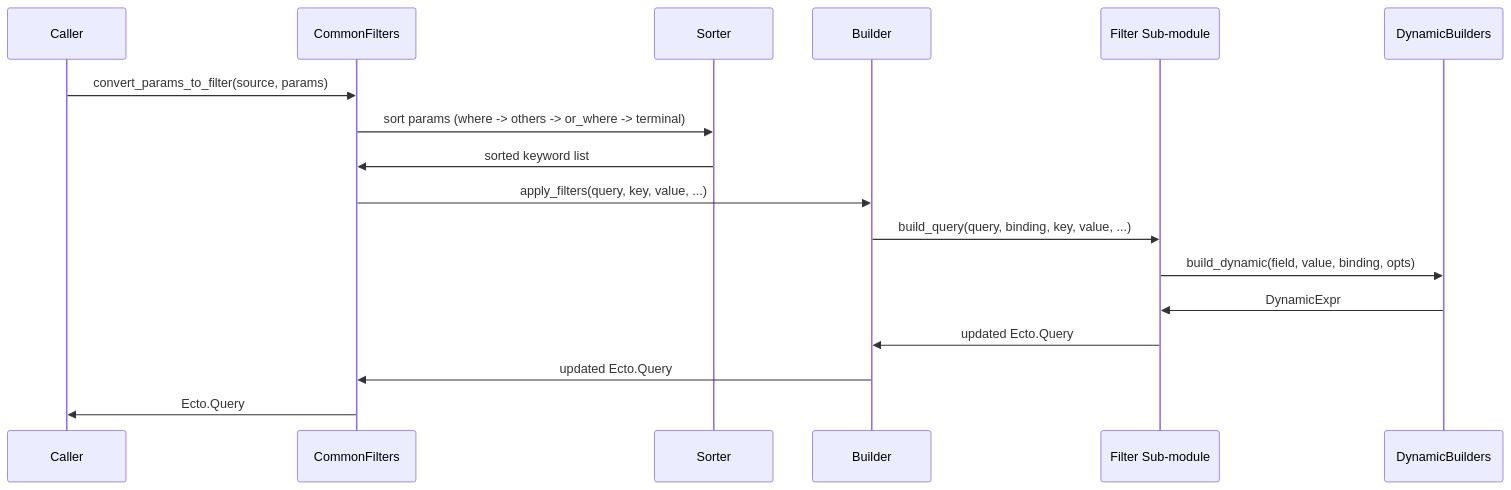
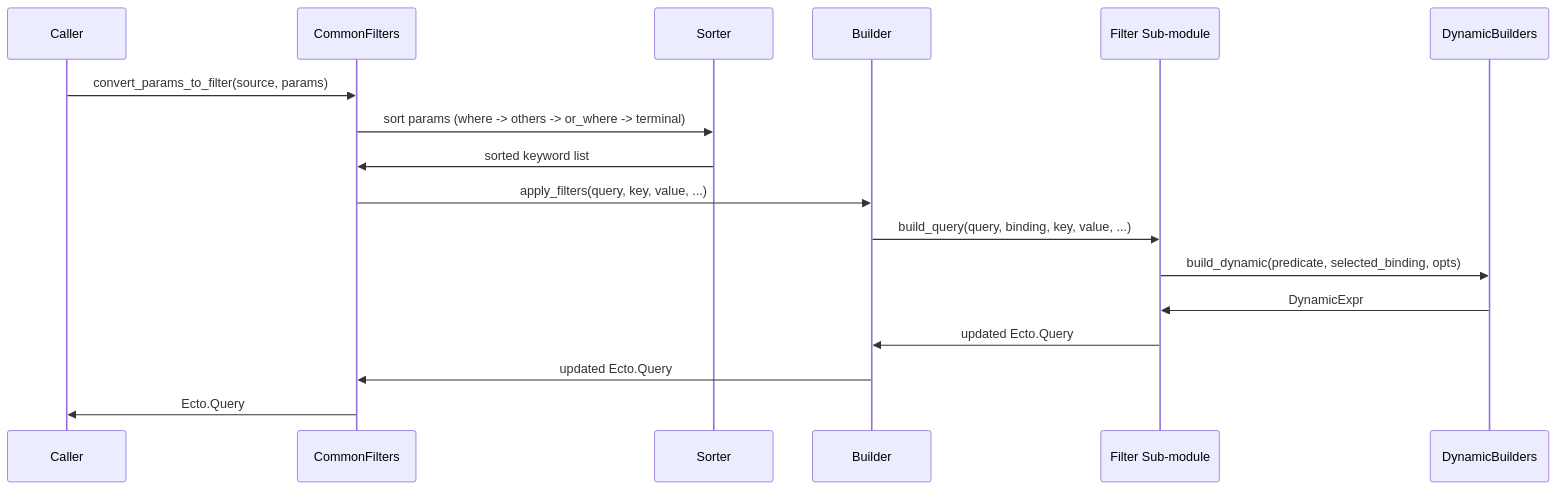
One commit to MikaAK/ecto_shorts changed the second of 4 diagrams in docs/explanation/architecture.md. Above: the diagram before and after it, drawn with Mermaid. The commit also changed 2 other files, not shown here.

Commit message:
docs: fix incorrect callback/function signatures in reference docs

````diff
--- a/docs/explanation/architecture.md
+++ b/docs/explanation/architecture.md
@@ -46,19 +46,19 @@
 ```mermaid
 sequenceDiagram
   participant C as Caller
   participant CF as CommonFilters
   participant S as Sorter
   participant B as Builder
   participant F as Filter Sub-module
   participant DB as DynamicBuilders
   C->>CF: convert_params_to_filter(source, params)
   CF->>S: sort params (where -> others -> or_where -> terminal)
   S->>CF: sorted keyword list
   CF->>B: apply_filters(query, key, value, ...)
   B->>F: build_query(query, binding, key, value, ...)
-  F->>DB: build_dynamic(field, value, binding, opts)
+  F->>DB: build_dynamic(predicate, selected_binding, opts)
   DB->>F: DynamicExpr
   F->>B: updated Ecto.Query
   B->>CF: updated Ecto.Query
   CF->>C: Ecto.Query
 ```
````
